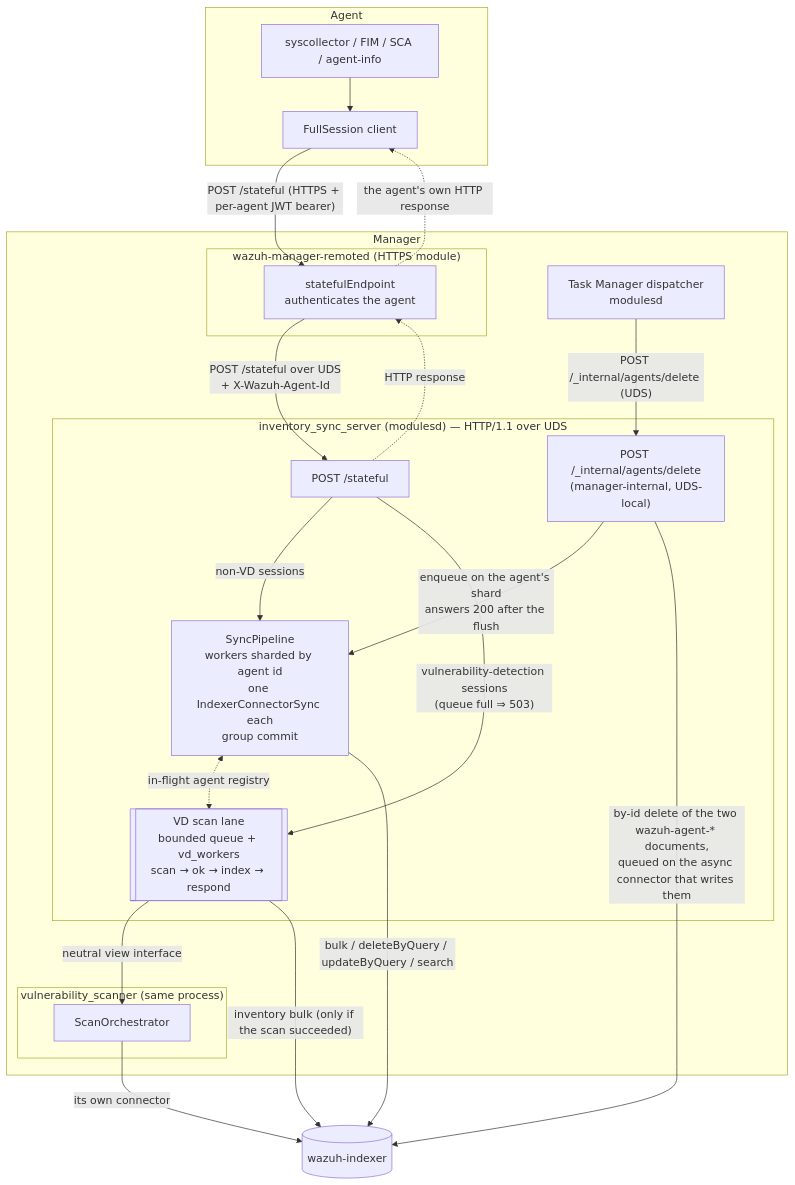
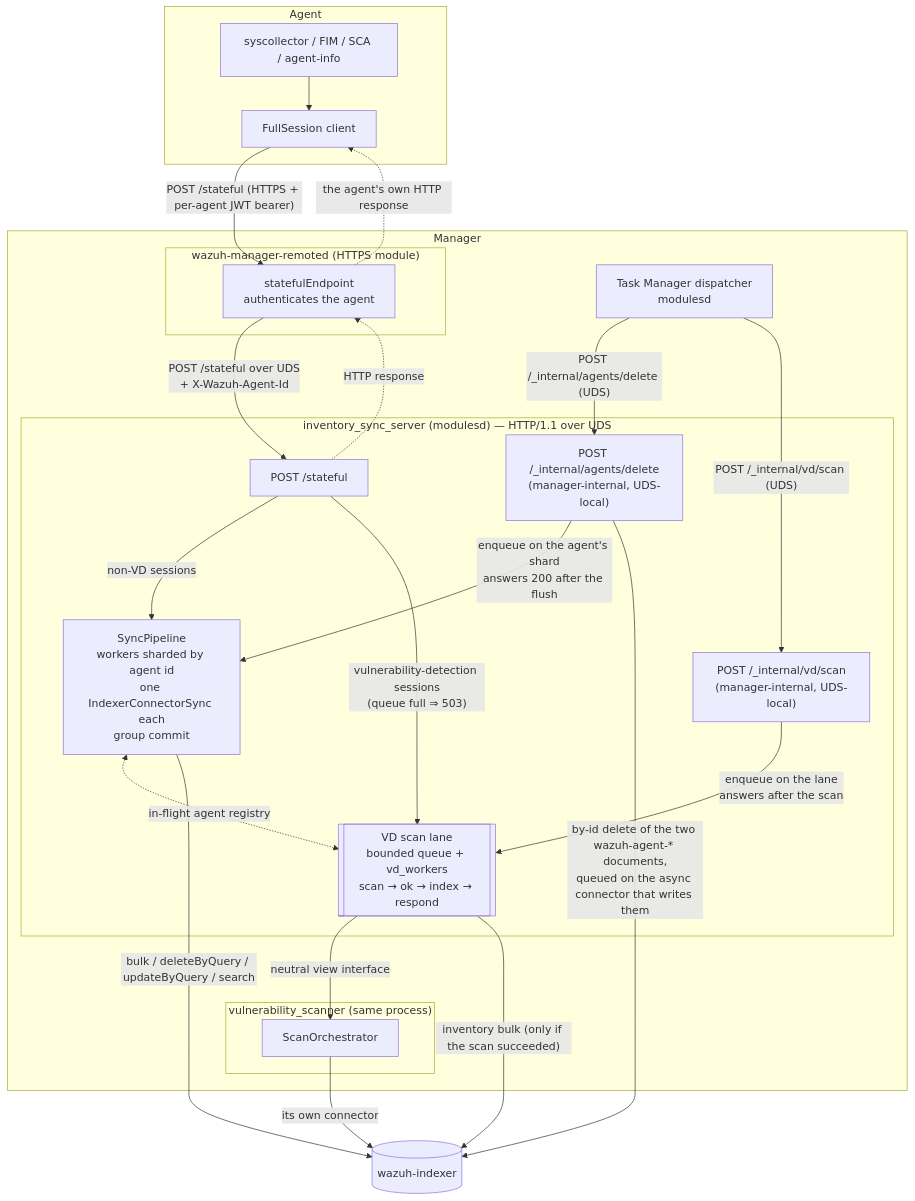
Before and after one commit to wazuh/wazuh: the first of 4 diagrams in docs/ref/modules/inventory-sync-server/architecture.md, drawn with Mermaid. The commit also changed other lines of this file and 232 other files, not shown here.

````diff
--- a/docs/ref/modules/inventory-sync-server/architecture.md
+++ b/docs/ref/modules/inventory-sync-server/architecture.md
@@ -11,32 +11,34 @@
 ```mermaid
 flowchart TB
     subgraph Agent["Agent"]
         MOD[syscollector / FIM / SCA / agent-info] --> CLI[FullSession client]
     end
     CLI -->|"POST /stateful (HTTPS + per-agent JWT bearer)"| REME
 
     subgraph Manager
         subgraph remoted["wazuh-manager-remoted (HTTPS module)"]
             REME[statefulEndpoint\nauthenticates the agent]
         end
         subgraph ISS["inventory_sync_server (modulesd) — HTTP/1.1 over UDS"]
             SYNCR["POST /stateful"] -->|non-VD sessions| PIPE[SyncPipeline\nworkers sharded by agent id\none IndexerConnectorSync each\ngroup commit]
             SYNCR -->|"vulnerability-detection sessions\n(queue full ⇒ 503)"| LANE[[VD scan lane\nbounded queue + vd_workers\nscan → ok → index → respond]]
             DELR["POST /_internal/agents/delete\n(manager-internal, UDS-local)"] -->|"enqueue on the agent's shard\nanswers 200 after the flush"| PIPE
+            SCANR["POST /_internal/vd/scan\n(manager-internal, UDS-local)"] -->|"enqueue on the lane\nanswers after the scan"| LANE
             PIPE <-.->|in-flight agent registry| LANE
         end
         REME -->|"POST /stateful over UDS\n+ X-Wazuh-Agent-Id"| SYNCR
         SYNCR -.->|HTTP response| REME
         TM[Task Manager dispatcher\nmodulesd] -->|"POST /_internal/agents/delete (UDS)"| DELR
+        TM -->|"POST /_internal/vd/scan (UDS)"| SCANR
         subgraph VD["vulnerability_scanner (same process)"]
             ORCH[ScanOrchestrator]
         end
         LANE -->|neutral view interface| ORCH
     end
 
     REME -.->|the agent's own HTTP response| CLI
     PIPE -->|bulk / deleteByQuery / updateByQuery / search| IDX[(wazuh-indexer)]
     LANE -->|"inventory bulk (only if the scan succeeded)"| IDX
     DELR -->|"by-id delete of the two wazuh-agent-* documents,\nqueued on the async connector that writes them"| IDX
     ORCH -->|its own connector| IDX
 ```
````
